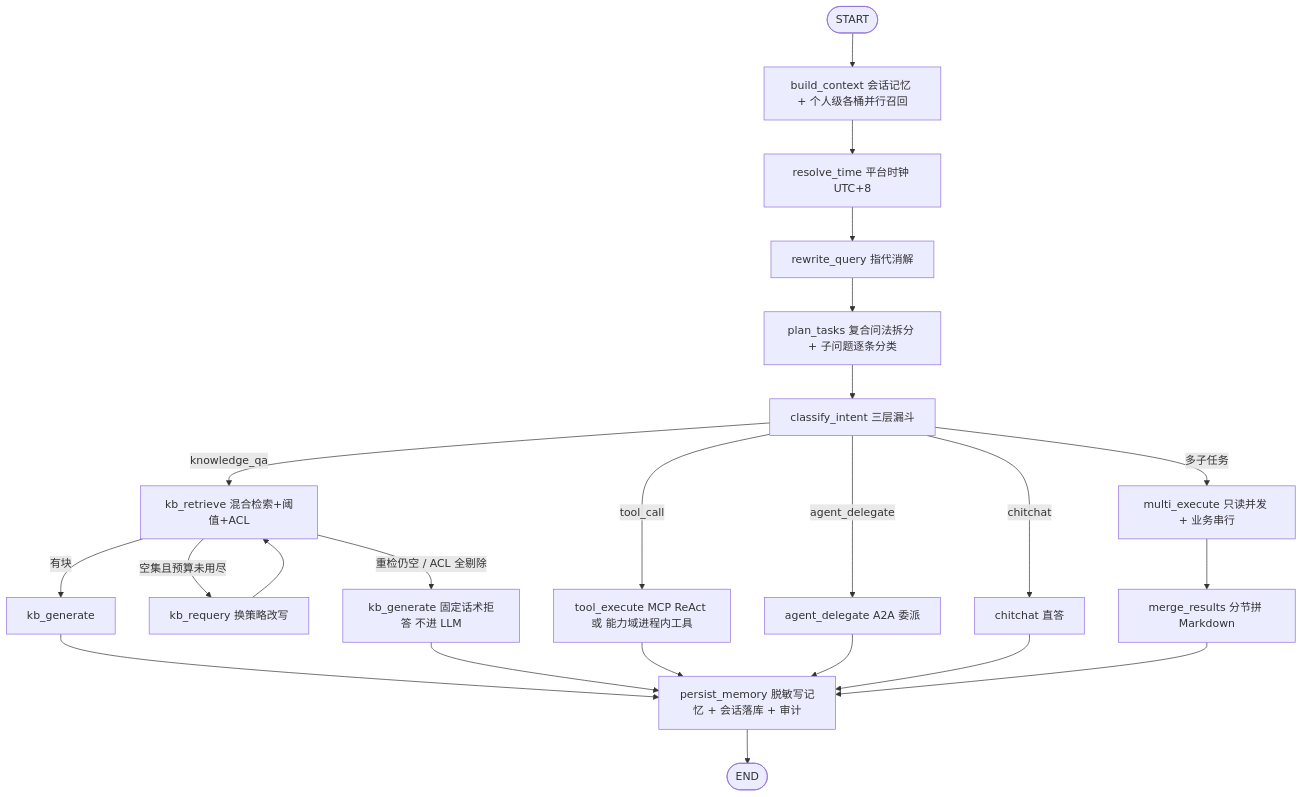
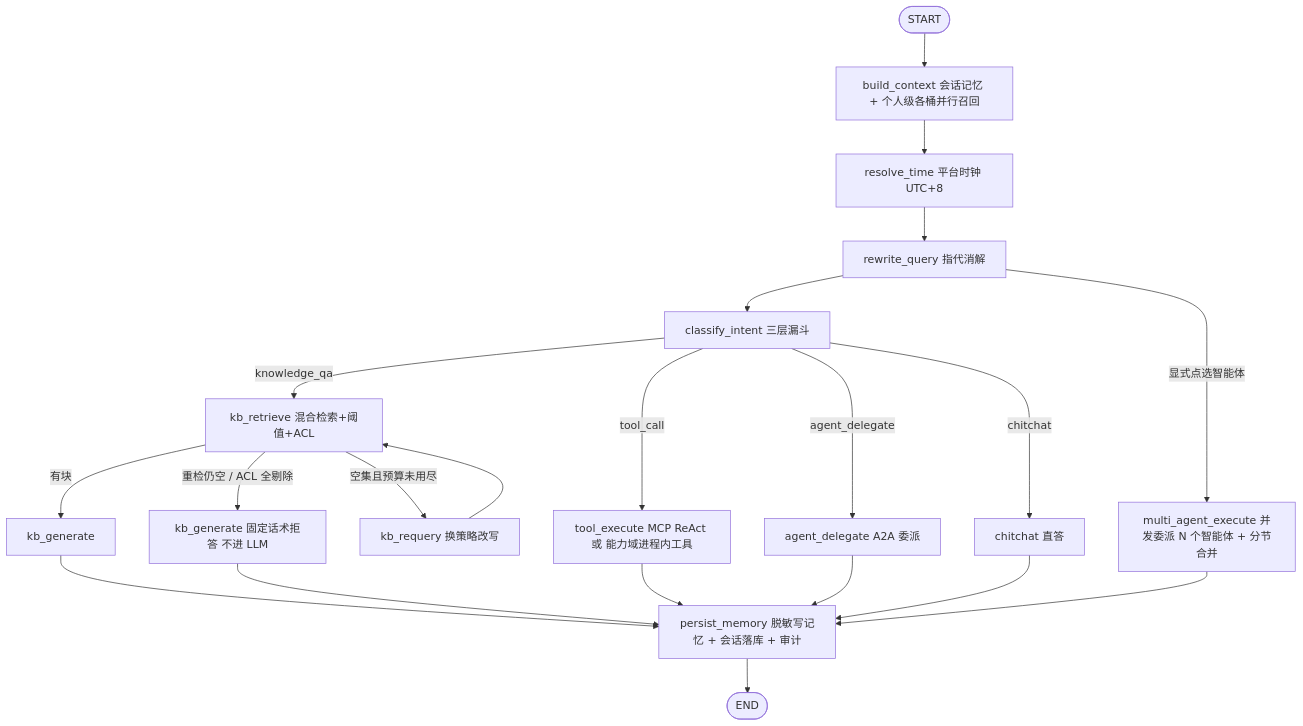
Before and after one commit to kob01/multi_mxi: the second of 2 diagrams in .qoder/repowiki/zh/content/项目总体架构.md, drawn with Mermaid. The commit also changed other lines of this file and 21 other files, not shown here.

````diff
--- a/.qoder/repowiki/zh/content/项目总体架构.md
+++ b/.qoder/repowiki/zh/content/项目总体架构.md
@@ -82,25 +82,23 @@
 ```mermaid
 graph TD
     S(["START"]) --> A["build_context 会话记忆 + 个人级各桶并行召回"]
     A --> B["resolve_time 平台时钟 UTC+8"]
     B --> C["rewrite_query 指代消解"]
-    C --> P["plan_tasks 复合问法拆分 + 子问题逐条分类"]
-    P --> D["classify_intent 三层漏斗"]
+    C -->|显式点选智能体| M["multi_agent_execute 并发委派 N 个智能体 + 分节合并"]
+    C --> D["classify_intent 三层漏斗"]
     D -->|knowledge_qa| E["kb_retrieve 混合检索+阈值+ACL"]
     E -->|有块| F["kb_generate"]
     E -->|空集且预算未用尽| G["kb_requery 换策略改写"]
     G --> E
     E -->|重检仍空 / ACL 全剔除| F2["kb_generate 固定话术拒答 不进 LLM"]
     D -->|tool_call| H["tool_execute MCP ReAct 或 能力域进程内工具"]
     D -->|agent_delegate| I["agent_delegate A2A 委派"]
     D -->|chitchat| J["chitchat 直答"]
-    D -->|多子任务| M["multi_execute 只读并发 + 业务串行"]
-    M --> MR["merge_results 分节拼 Markdown"]
     F --> K["persist_memory 脱敏写记忆 + 会话落库 + 审计"]
     F2 --> K
     H --> K
     I --> K
     J --> K
-    MR --> K
+    M --> K
     K --> T(["END"])
 ```
````
